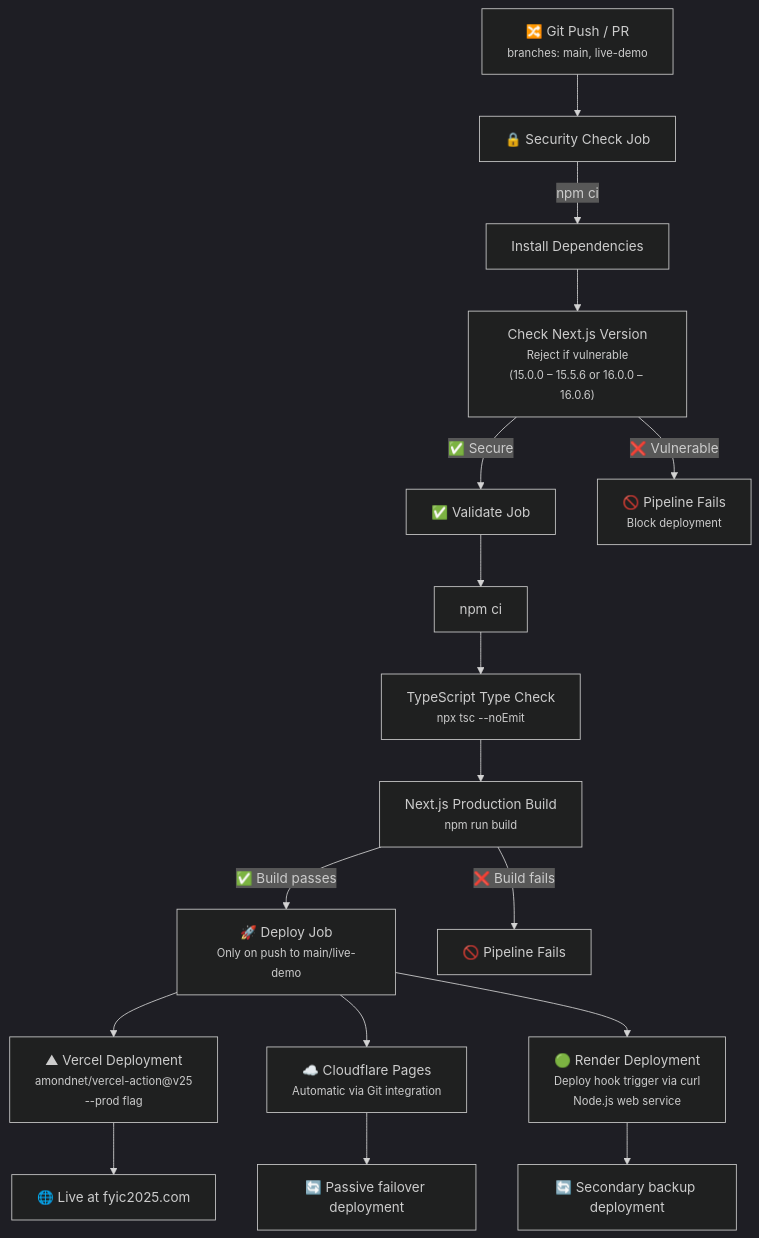
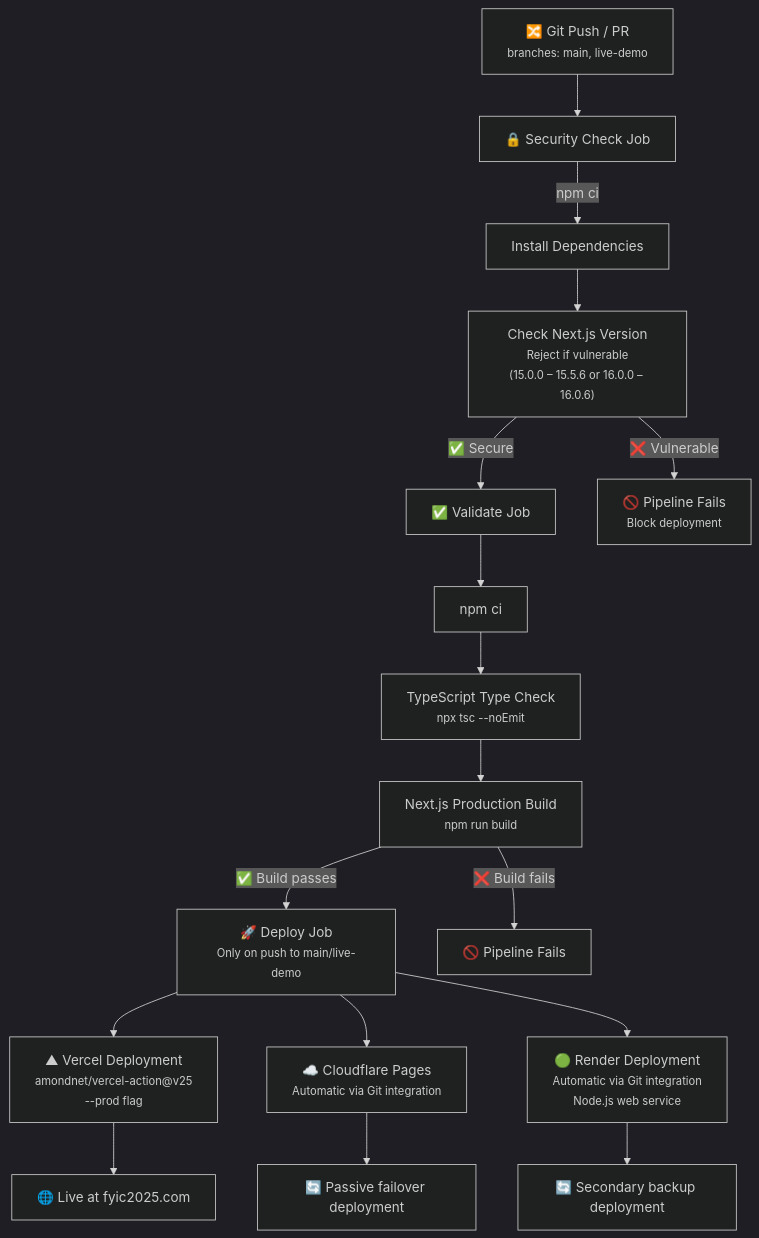
The fifth of 7 diagrams in README.md (johnnietse/2025-fyic), drawn with Mermaid (dark theme) before and after one commit. The commit also changed other lines of this file and 1 other file, not shown here.

Commit message:
fix: remove redundant Render deploy hook - Render auto-deploys via Git integration

````diff
--- a/README.md
+++ b/README.md
@@ -278,26 +278,26 @@
 ```mermaid
 flowchart TD
     Push["🔀 Git Push / PR<br/><small>branches: main, live-demo</small>"]
 
     Push --> Security["🔒 Security Check Job"]
     Security --> |"npm ci"| InstallSec["Install Dependencies"]
     InstallSec --> CVECheck["Check Next.js Version<br/><small>Reject if vulnerable<br/>(15.0.0 – 15.5.6 or 16.0.0 – 16.0.6)</small>"]
 
     CVECheck --> |"✅ Secure"| Validate["✅ Validate Job"]
     CVECheck --> |"❌ Vulnerable"| Fail["🚫 Pipeline Fails<br/><small>Block deployment</small>"]
 
     Validate --> InstallVal["npm ci"]
     InstallVal --> TypeCheck["TypeScript Type Check<br/><small>npx tsc --noEmit</small>"]
     TypeCheck --> Build["Next.js Production Build<br/><small>npm run build</small>"]
 
     Build --> |"✅ Build passes"| Deploy["🚀 Deploy Job<br/><small>Only on push to main/live-demo</small>"]
     Build --> |"❌ Build fails"| FailBuild["🚫 Pipeline Fails"]
 
     Deploy --> VercelDeploy["▲ Vercel Deployment<br/><small>amondnet/vercel-action@v25</small><br/><small>--prod flag</small>"]
     Deploy --> CFDeploy["☁️ Cloudflare Pages<br/><small>Automatic via Git integration</small>"]
-    Deploy --> RenderDeploy["🟢 Render Deployment<br/><small>Deploy hook trigger via curl</small><br/><small>Node.js web service</small>"]
+    Deploy --> RenderDeploy["🟢 Render Deployment<br/><small>Automatic via Git integration</small><br/><small>Node.js web service</small>"]
 
     VercelDeploy --> Live["🌐 Live at fyic2025.com"]
     CFDeploy --> Backup["🔄 Passive failover deployment"]
     RenderDeploy --> RenderBackup["🔄 Secondary backup deployment"]
 ```
````
